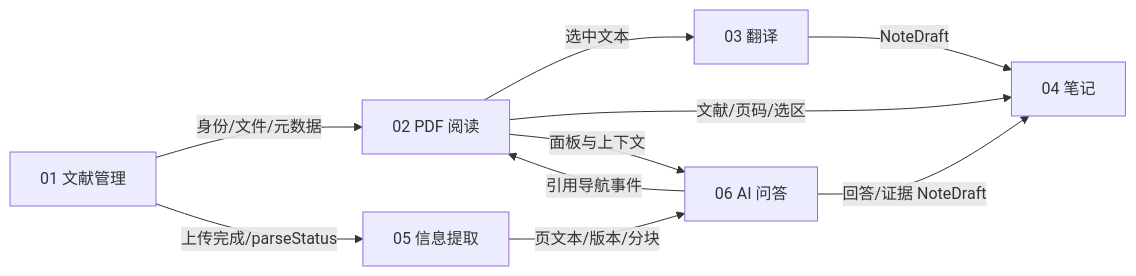
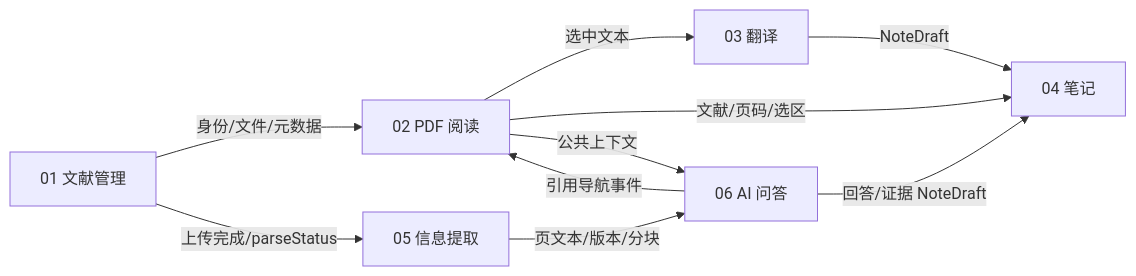
One commit to liusg649g-sys/Litera changed the diagram in docs/design/module-dependencies.md. Above: the diagram before and after it, drawn with Mermaid. The commit also changed other lines of this file and 81 other files, not shown here.

````diff
--- a/docs/design/module-dependencies.md
+++ b/docs/design/module-dependencies.md
@@ -14,12 +14,12 @@
 ```mermaid
 flowchart LR
   M1[01 文献管理] -->|身份/文件/元数据| M2[02 PDF 阅读]
   M1 -->|上传完成/parseStatus| M5[05 信息提取]
   M2 -->|选中文本| M3[03 翻译]
   M2 -->|文献/页码/选区| M4[04 笔记]
   M3 -->|NoteDraft| M4
   M5 -->|页文本/版本/分块| M6[06 AI 问答]
-  M2 -->|面板与上下文| M6
+  M2 -->|公共上下文| M6
   M6 -->|回答/证据 NoteDraft| M4
   M6 -->|引用导航事件| M2
 ```
````
